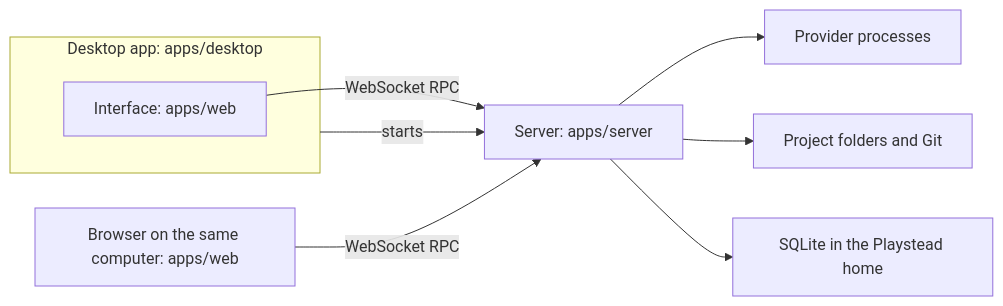
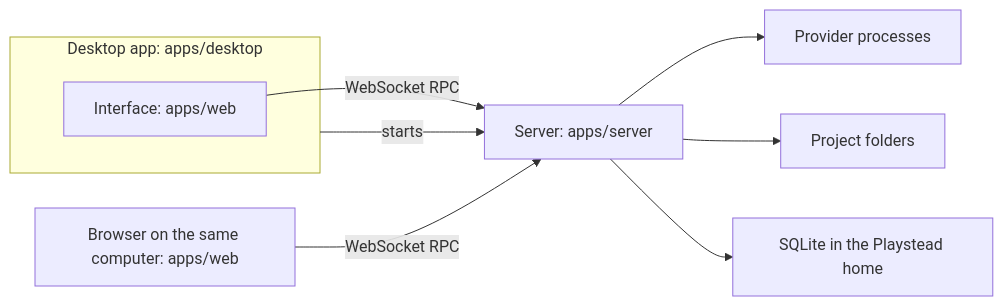
Before and after one commit to softhatgames/Playstead: the diagram in docs/ARCHITECTURE.md, drawn with Mermaid. The commit also changed other lines of this file, not shown here.

First line of the commit message:
Bring ARCHITECTURE.md in line with First working slice

````diff
--- a/docs/ARCHITECTURE.md
+++ b/docs/ARCHITECTURE.md
@@ -9,13 +9,13 @@
 ```mermaid
 flowchart LR
   subgraph desktop["Desktop app: apps/desktop"]
     window["Interface: apps/web"]
   end
   browser["Browser on the same computer: apps/web"]
   desktop -- starts --> server["Server: apps/server"]
   window -- WebSocket RPC --> server
   browser -- WebSocket RPC --> server
   server --> providers["Provider processes"]
-  server --> projects["Project folders and Git"]
+  server --> projects["Project folders"]
   server --> state["SQLite in the Playstead home"]
 ```
````
